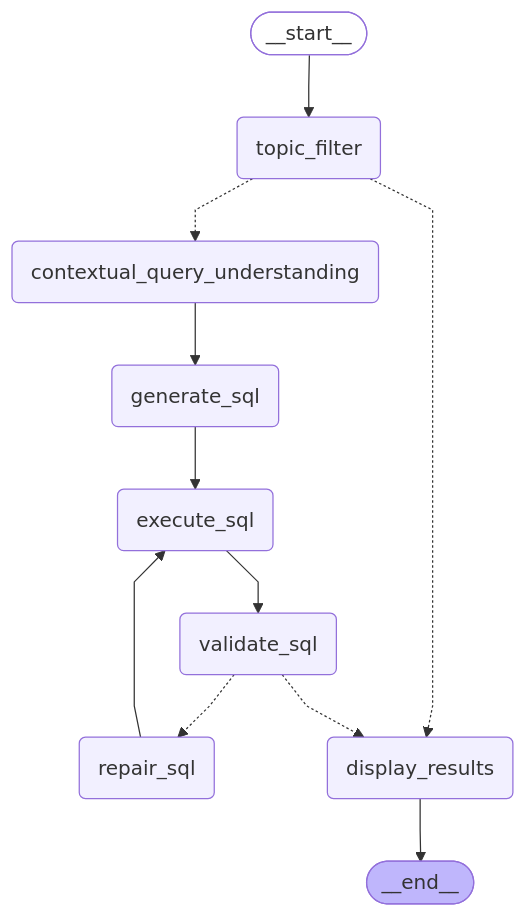
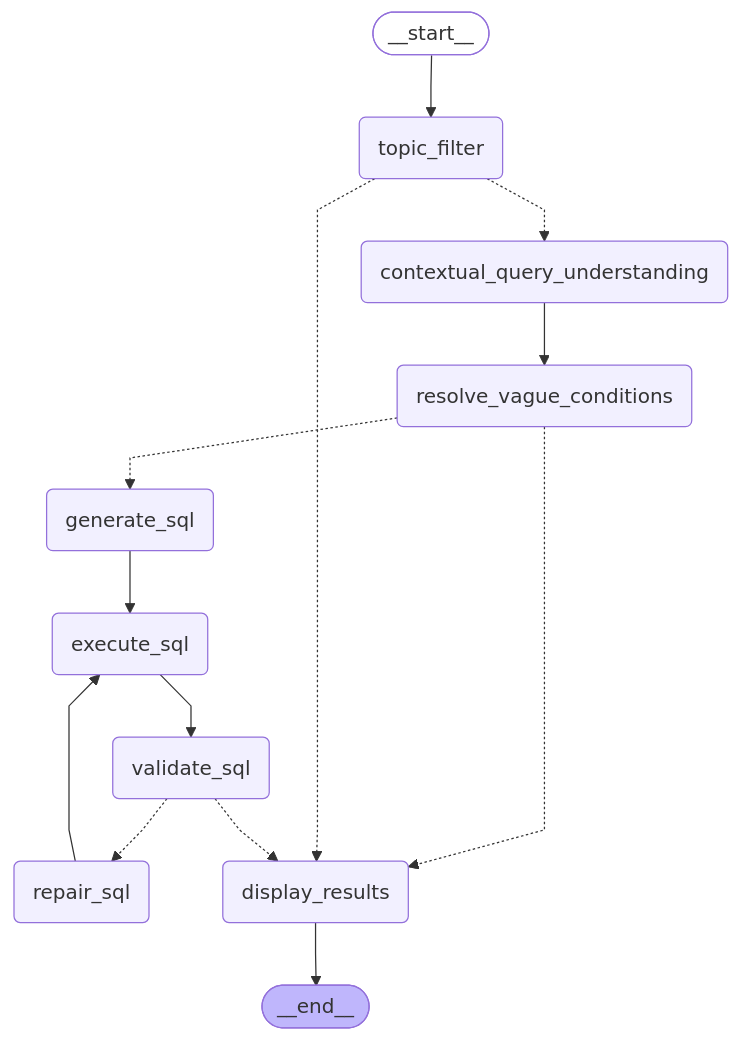
One commit to dhense177/solar_site_selector changed the diagram in graph_diagram.mmd. Above: the diagram before and after it, drawn with Mermaid.

Commit message:
Updated langgraph mermaid diagram

```diff
--- a/graph_diagram.mmd
+++ b/graph_diagram.mmd
@@ -1,28 +1,31 @@
 ---
 config:
   flowchart:
     curve: linear
 ---
 graph TD;
 	__start__([<p>__start__</p>]):::first
 	topic_filter(topic_filter)
+	resolve_vague_conditions(resolve_vague_conditions)
 	contextual_query_understanding(contextual_query_understanding)
 	generate_sql(generate_sql)
 	execute_sql(execute_sql)
 	validate_sql(validate_sql)
 	repair_sql(repair_sql)
 	display_results(display_results)
 	__end__([<p>__end__</p>]):::last
 	__start__ --> topic_filter;
-	contextual_query_understanding --> generate_sql;
+	contextual_query_understanding --> resolve_vague_conditions;
 	execute_sql --> validate_sql;
 	generate_sql --> execute_sql;
 	repair_sql --> execute_sql;
+	resolve_vague_conditions -.-> display_results;
+	resolve_vague_conditions -.-> generate_sql;
 	topic_filter -.-> contextual_query_understanding;
 	topic_filter -.-> display_results;
 	validate_sql -.-> display_results;
 	validate_sql -.-> repair_sql;
 	display_results --> __end__;
 	classDef default fill:#f2f0ff,line-height:1.2
 	classDef first fill-opacity:0
 	classDef last fill:#bfb6fc
```
